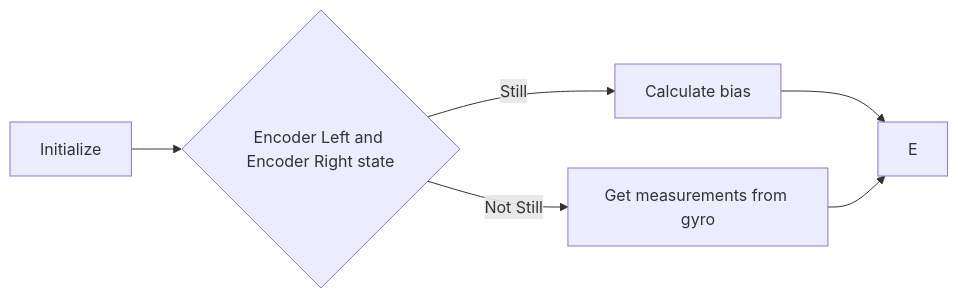
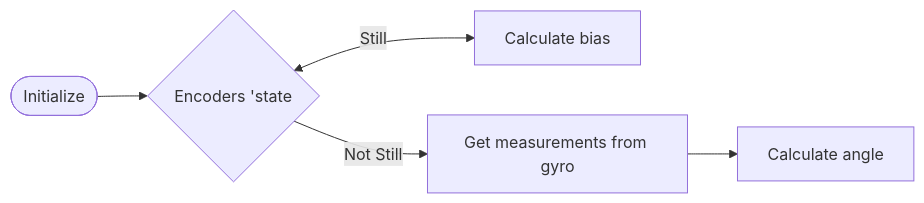
One commit to LucasTakanori/PAE-HP changed the diagram in Gyro_Encoders/README.md. Above: the diagram before and after it, drawn with Mermaid.

````diff
--- a/Gyro_Encoders/README.md
+++ b/Gyro_Encoders/README.md
@@ -73,8 +73,7 @@
 ```mermaid
 flowchart LR
-    A[Initialize] --> B{Encoder Left and Encoder Right state};
-    B -- Still -->C[Calculate bias];
+    A([Initialize]) --> B{Encoders 'state};
+    B <-- Still -->C[Calculate bias];
     B -- Not Still --> D[Get measurements from gyro];
-    C --> E;
-    D --> E;
+    D --> E[Calculate angle];
 ```
````
